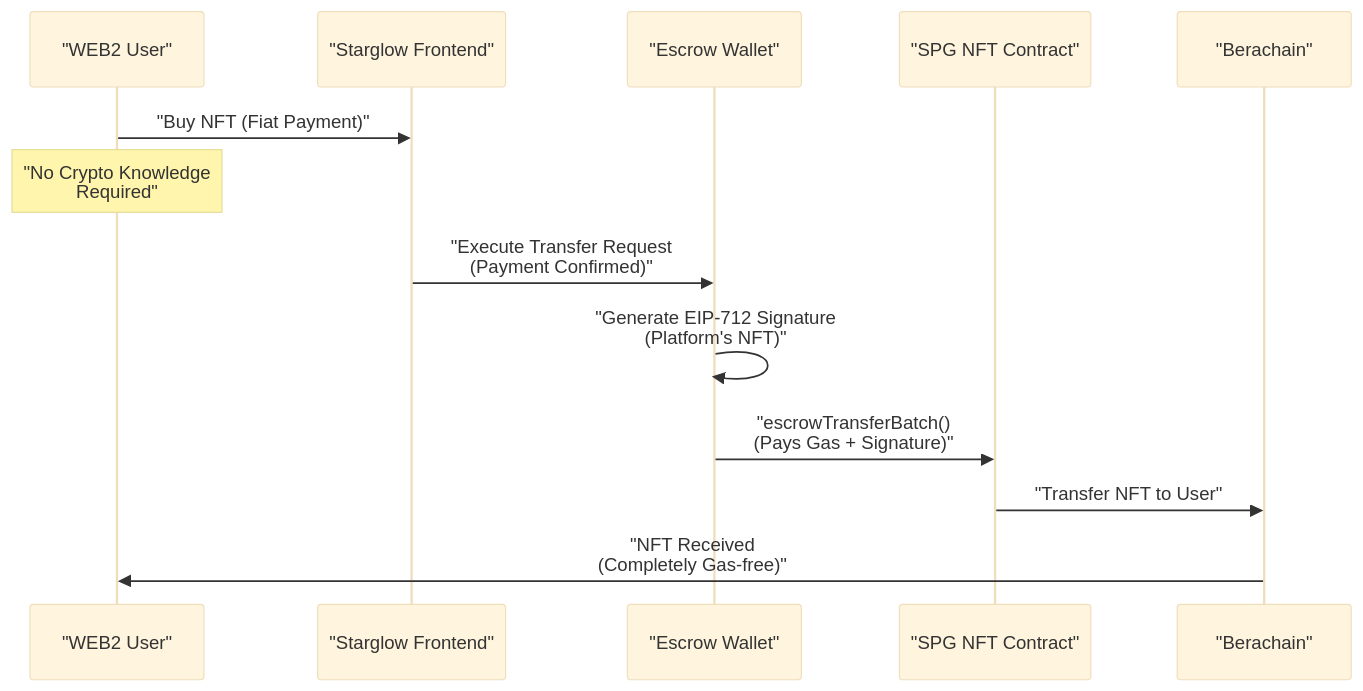
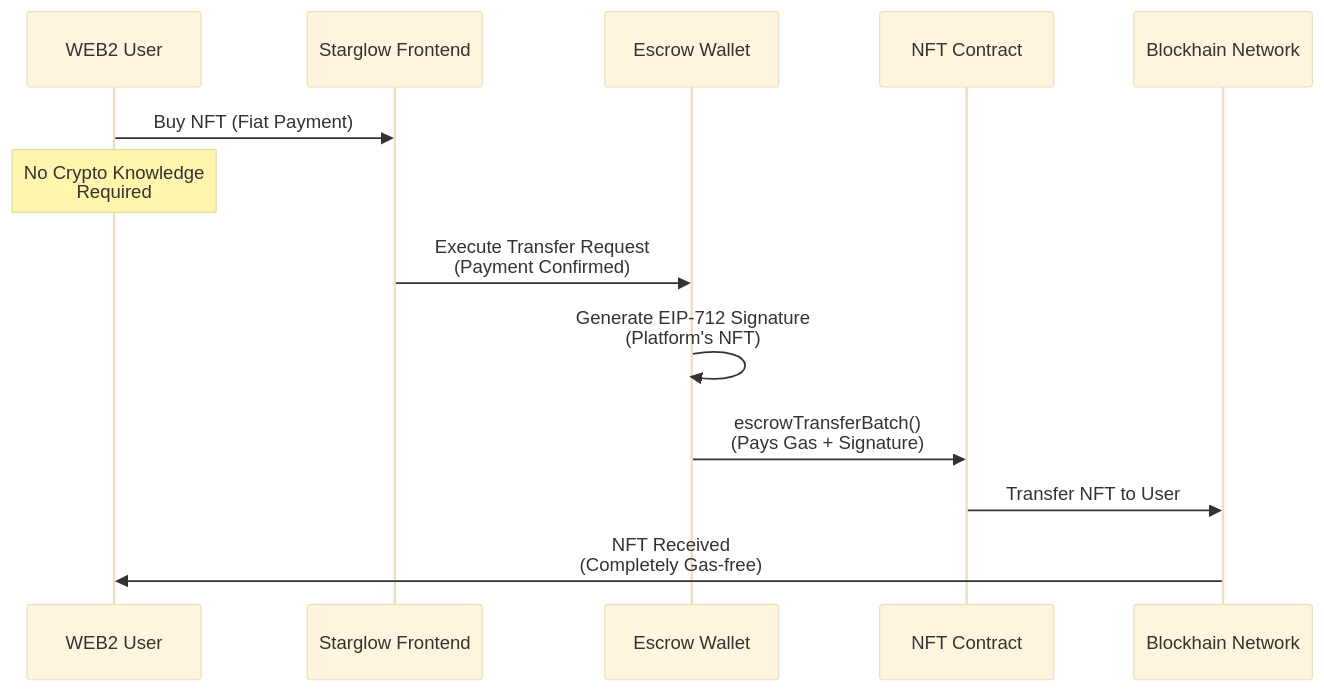
One commit to rs-ent/starglow changed the first of 3 diagrams in Detailed Explanation on Technology Architecture.md. Above: the diagram before and after it, drawn with Mermaid (base theme). The commit also changed other lines of this file, not shown here.

````diff
--- a/Detailed Explanation on Technology Architecture.md
+++ b/Detailed Explanation on Technology Architecture.md
@@ -125,19 +134,19 @@
 ```mermaid
 sequenceDiagram
-    participant WEB2_User as "WEB2 User"
-    participant Frontend as "Starglow Frontend"
-    participant EscrowWallet as "Escrow Wallet"
-    participant NFTContract as "SPG NFT Contract"
-    participant Blockchain as "Berachain"
+    participant WEB2_User as WEB2 User
+    participant Frontend as Starglow Frontend
+    participant EscrowWallet as Escrow Wallet
+    participant NFTContract as NFT Contract
+    participant Blockchain as Blockhain Network
 
-    WEB2_User->>Frontend: "Buy NFT (Fiat Payment)"
-    Note over WEB2_User: "No Crypto Knowledge<br/>Required"
+    WEB2_User->>Frontend: Buy NFT (Fiat Payment)
+    Note over WEB2_User: No Crypto Knowledge<br/>Required
 
-    Frontend->>EscrowWallet: "Execute Transfer Request<br/>(Payment Confirmed)"
-    EscrowWallet->>EscrowWallet: "Generate EIP-712 Signature<br/>(Platform's NFT)"
+    Frontend->>EscrowWallet: Execute Transfer Request<br/>(Payment Confirmed)
+    EscrowWallet->>EscrowWallet: Generate EIP-712 Signature<br/>(Platform's NFT)
 
-    EscrowWallet->>NFTContract: "escrowTransferBatch()<br/>(Pays Gas + Signature)"
-    NFTContract->>Blockchain: "Transfer NFT to User"
+    EscrowWallet->>NFTContract: escrowTransferBatch()<br/>(Pays Gas + Signature)
+    NFTContract->>Blockchain: Transfer NFT to User
 
-    Blockchain->>WEB2_User: "NFT Received<br/>(Completely Gas-free)"
+    Blockchain->>WEB2_User: NFT Received<br/>(Completely Gas-free)
 ```
````
